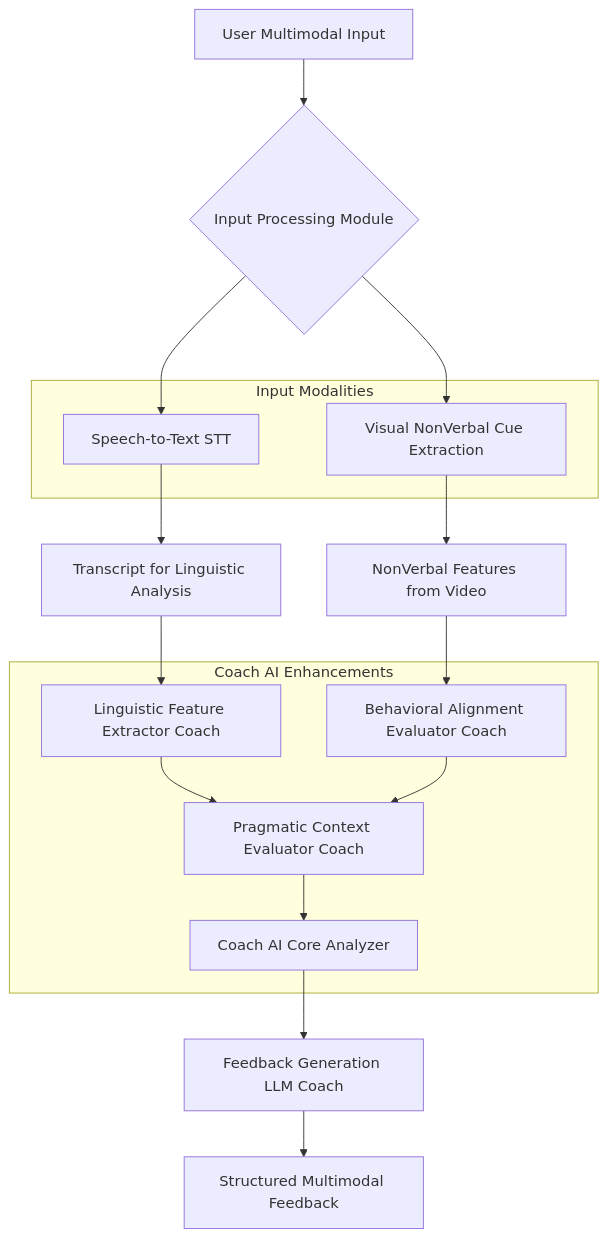
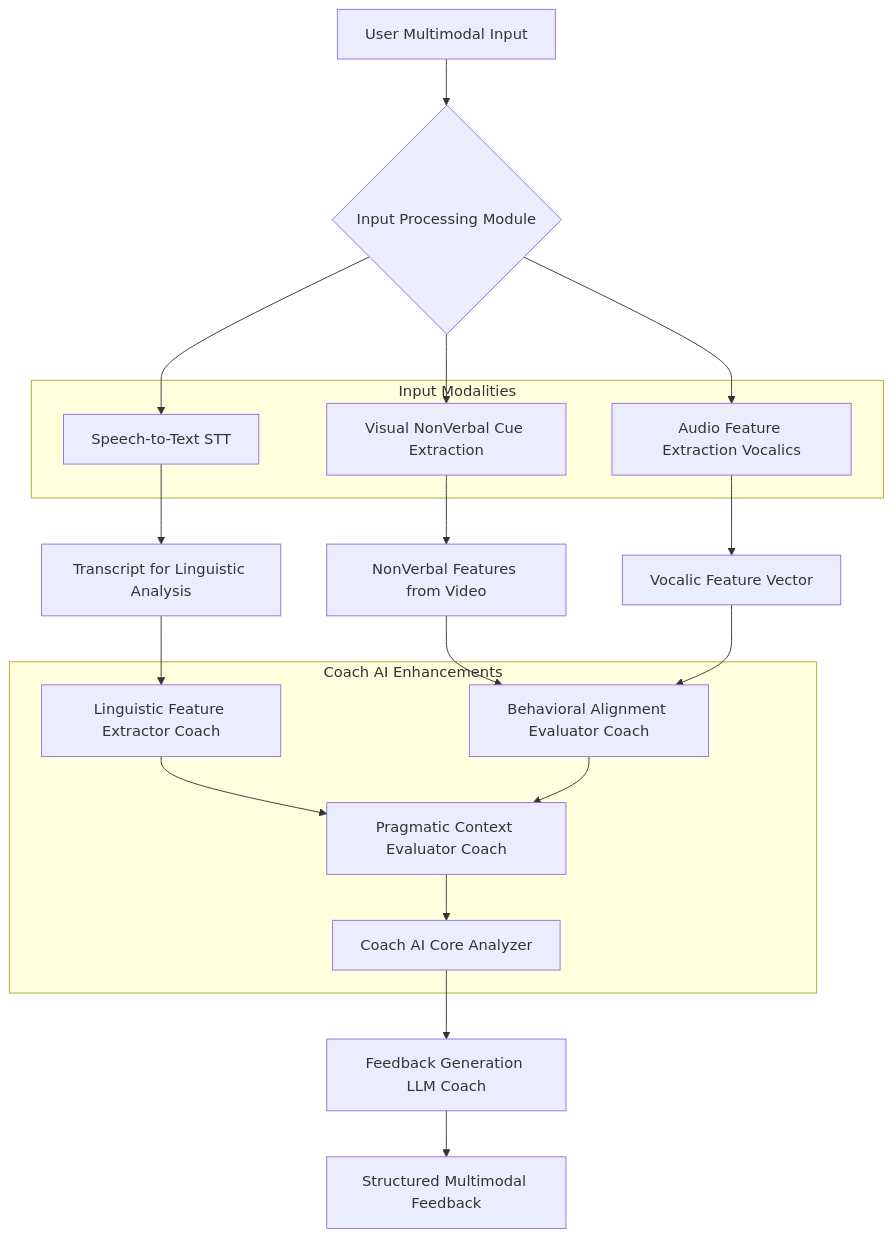
The fifth of 10 diagrams in inventions/019_cultural_communication_simulation.md (diplomat-bit/Citibank_Demo_Business_Inc_Demonstration-), drawn with Mermaid before and after one commit. The commit also changed other lines of this file, not shown here.

````diff
--- a/inventions/019_cultural_communication_simulation.md
+++ b/inventions/019_cultural_communication_simulation.md
@@ -151,25 +176,29 @@
 ```mermaid
 graph TD
     A[User Multimodal Input] --> B{Input Processing Module}
     B --> C[Speech-to-Text STT]
     B --> D[Visual NonVerbal Cue Extraction]
+    B --> P[Audio Feature Extraction Vocalics]
     C --> E[Transcript for Linguistic Analysis]
     D --> F[NonVerbal Features from Video]
+    P --> Q[Vocalic Feature Vector]
     E --> G[Linguistic Feature Extractor Coach]
     F --> H[Behavioral Alignment Evaluator Coach]
+    Q --> H
     G --> I[Pragmatic Context Evaluator Coach]
     H --> I
     I --> J[Coach AI Core Analyzer]
     J --> K[Feedback Generation LLM Coach]
     K --> L[Structured Multimodal Feedback]
     subgraph Input Modalities
         C
         D
+        P
     end
     subgraph Coach AI Enhancements
         G
         H
         I
         J
     end
 ```
````
